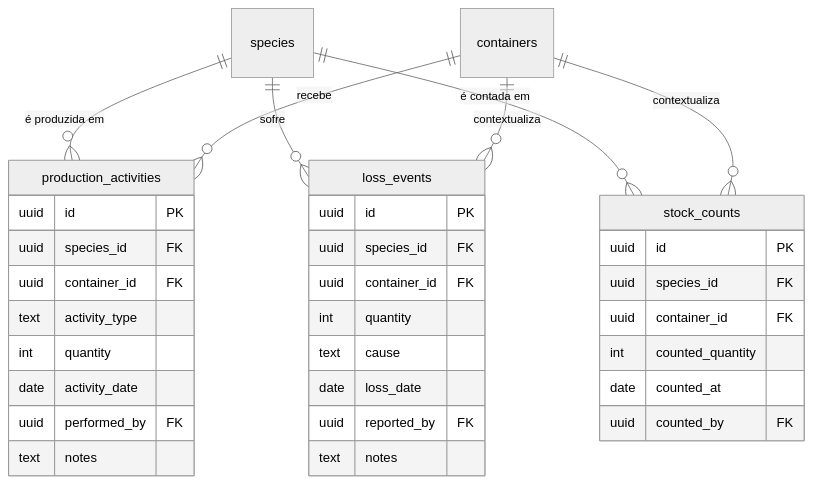
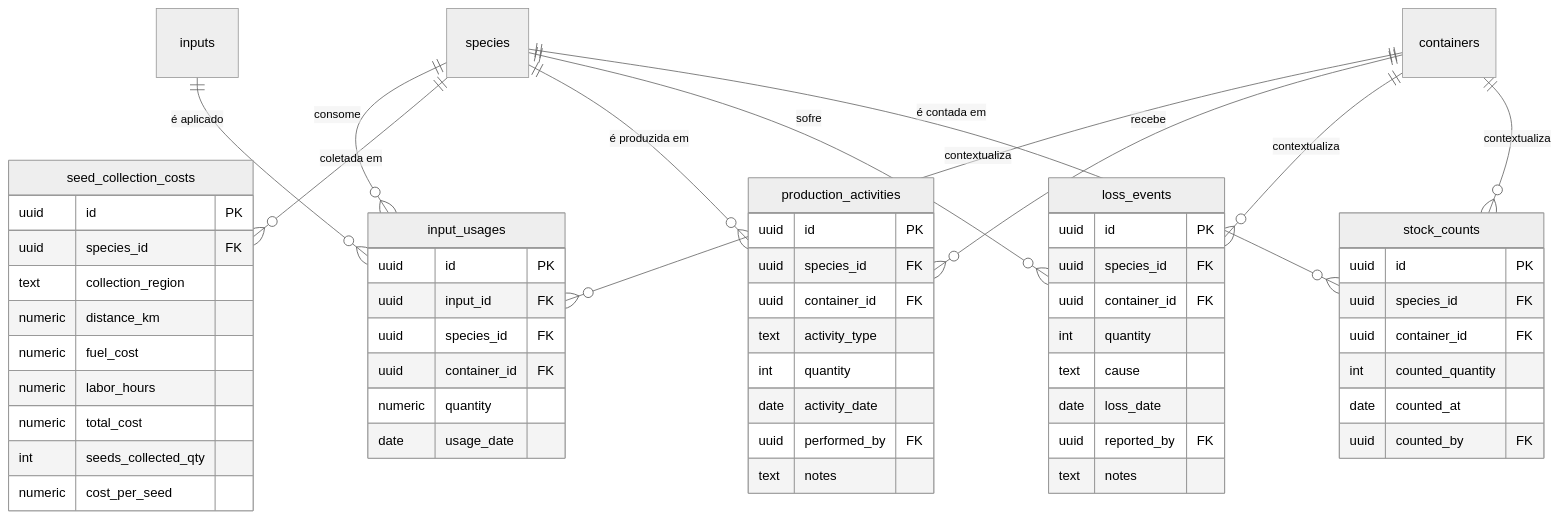
The fourth of 6 diagrams in docs/engenharia/C-modelagem/C6-modelo-entidade-relacionamento.md (JoaoMudar/mudar), drawn with Mermaid (neutral theme) before and after one commit. The commit also changed other lines of this file and 34 other files, not shown here.

````diff
--- a/docs/engenharia/C-modelagem/C6-modelo-entidade-relacionamento.md
+++ b/docs/engenharia/C-modelagem/C6-modelo-entidade-relacionamento.md
@@ -290,38 +326,61 @@
 ```mermaid
 erDiagram
+  input_usages {
+    uuid id PK
+    uuid input_id FK
+    uuid species_id FK
+    uuid container_id FK
+    numeric quantity
+    date usage_date
+  }
+  seed_collection_costs {
+    uuid id PK
+    uuid species_id FK
+    text collection_region
+    numeric distance_km
+    numeric fuel_cost
+    numeric labor_hours
+    numeric total_cost
+    int seeds_collected_qty
+    numeric cost_per_seed
+  }
   production_activities {
     uuid id PK
     uuid species_id FK
     uuid container_id FK
     text activity_type
     int quantity
     date activity_date
     uuid performed_by FK
     text notes
   }
   loss_events {
     uuid id PK
     uuid species_id FK
     uuid container_id FK
     int quantity
     text cause
     date loss_date
     uuid reported_by FK
     text notes
   }
   stock_counts {
     uuid id PK
     uuid species_id FK
     uuid container_id FK
     int counted_quantity
     date counted_at
     uuid counted_by FK
   }
 
+  species    ||--o{ input_usages          : "consome"
+  containers ||--o{ input_usages          : "contextualiza"
+  inputs     ||--o{ input_usages          : "é aplicado"
+  species    ||--o{ seed_collection_costs : "coletada em"
   species    ||--o{ production_activities : "é produzida em"
   containers ||--o{ production_activities : "recebe"
   species    ||--o{ loss_events           : "sofre"
   containers ||--o{ loss_events           : "contextualiza"
   species    ||--o{ stock_counts          : "é contada em"
   containers ||--o{ stock_counts          : "contextualiza"
 ```
````
